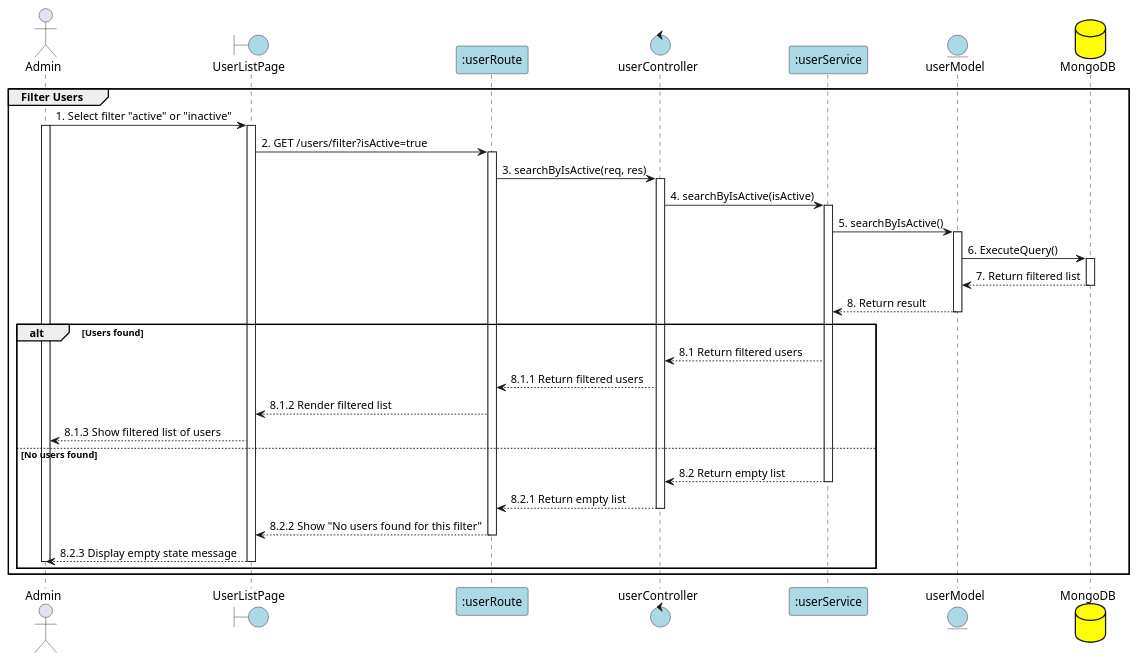
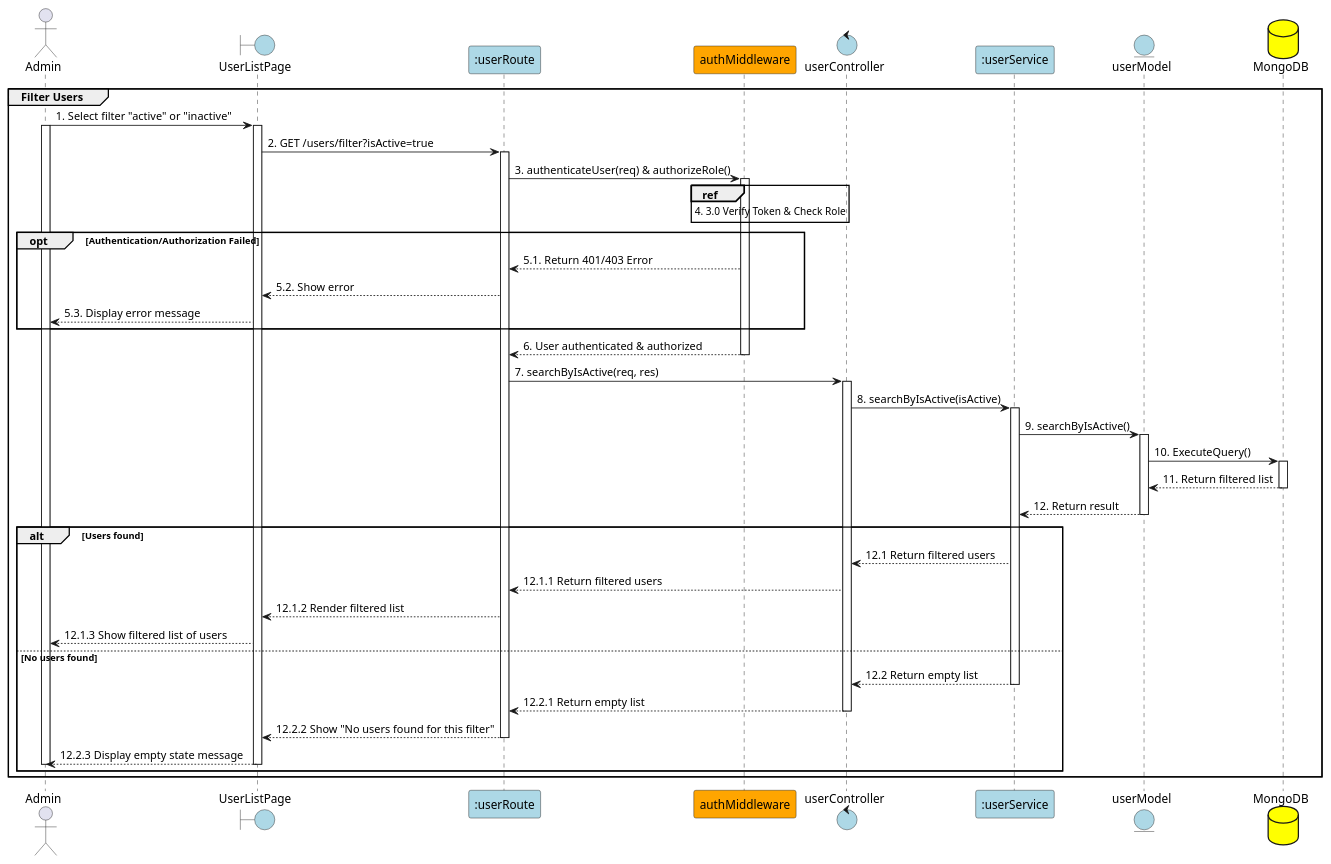
One commit to Aohkne/CaloCook changed the diagram in PlanUML/14_filterUser.puml. Above: the diagram before and after it, drawn with PlantUML. The commit also changed 21 other files, not shown here.

```diff
--- a/PlanUML/14_filterUser.puml
+++ b/PlanUML/14_filterUser.puml
@@ -1,61 +1,71 @@
 @startuml FilterUser
 
 actor Admin
 boundary "UserListPage" as View #lightblue
 participant ":userRoute" as Route #lightblue
+participant "authMiddleware" as Auth #Orange
 control "userController" as Controller #lightblue
 participant ":userService" as Service #lightblue
 entity "userModel" as Model #lightblue
 database "MongoDB" as MongoDB #yellow
 
 group Filter Users
 Admin -> View: 1. Select filter "active" or "inactive"
 activate Admin
 activate View
 
 View -> Route: 2. GET /users/filter?isActive=true
 activate Route
+Route -> Auth: 3. authenticateUser(req) & authorizeRole()
+activate Auth
+ref over Auth : 4. 3.0 Verify Token & Check Role
 
-Route -> Controller: 3. searchByIsActive(req, res)
+opt Authentication/Authorization Failed
+    Auth --> Route: 5.1. Return 401/403 Error
+    Route --> View: 5.2. Show error
+    View --> Admin: 5.3. Display error message
+end
+Auth --> Route: 6. User authenticated & authorized
+deactivate Auth
+Route -> Controller: 7. searchByIsActive(req, res)
 activate Controller
 
-Controller -> Service: 4. searchByIsActive(isActive)
+Controller -> Service: 8. searchByIsActive(isActive)
 activate Service
 
-Service -> Model: 5. searchByIsActive()
+Service -> Model: 9. searchByIsActive()
 activate Model
 
-Model -> MongoDB: 6. ExecuteQuery()
+Model -> MongoDB: 10. ExecuteQuery()
 activate MongoDB
-MongoDB --> Model: 7. Return filtered list
+MongoDB --> Model: 11. Return filtered list
 deactivate MongoDB
 
-Model --> Service: 8. Return result
+Model --> Service: 12. Return result
 deactivate Model
 
 alt Users found
-    Service --> Controller: 8.1 Return filtered users
+    Service --> Controller: 12.1 Return filtered users
+    Controller --> Route: 12.1.1 Return filtered users
 
-    Controller --> Route: 8.1.1 Return filtered users
+    Route --> View: 12.1.2 Render filtered list
 
-    Route --> View: 8.1.2 Render filtered list
-
-    View --> Admin: 8.1.3 Show filtered list of users
+    View --> Admin: 12.1.3 Show filtered list of users
 
 else No users found
-    Service --> Controller: 8.2 Return empty list
+    Service --> Controller: 12.2 Return empty list
     deactivate Service
 
-    Controller --> Route: 8.2.1 Return empty list
+    Controller --> Route: 12.2.1 Return empty list
     deactivate Controller
 
-    Route --> View: 8.2.2 Show "No users found for this filter"
+    Route --> View: 12.2.2 Show "No users found for this filter"
     deactivate Route
 
-    View --> Admin: 8.2.3 Display empty state message
+    View --> Admin: 12.2.3 Display empty state message
     deactivate View
     deactivate Admin
 end
 
 end
 @enduml
```
